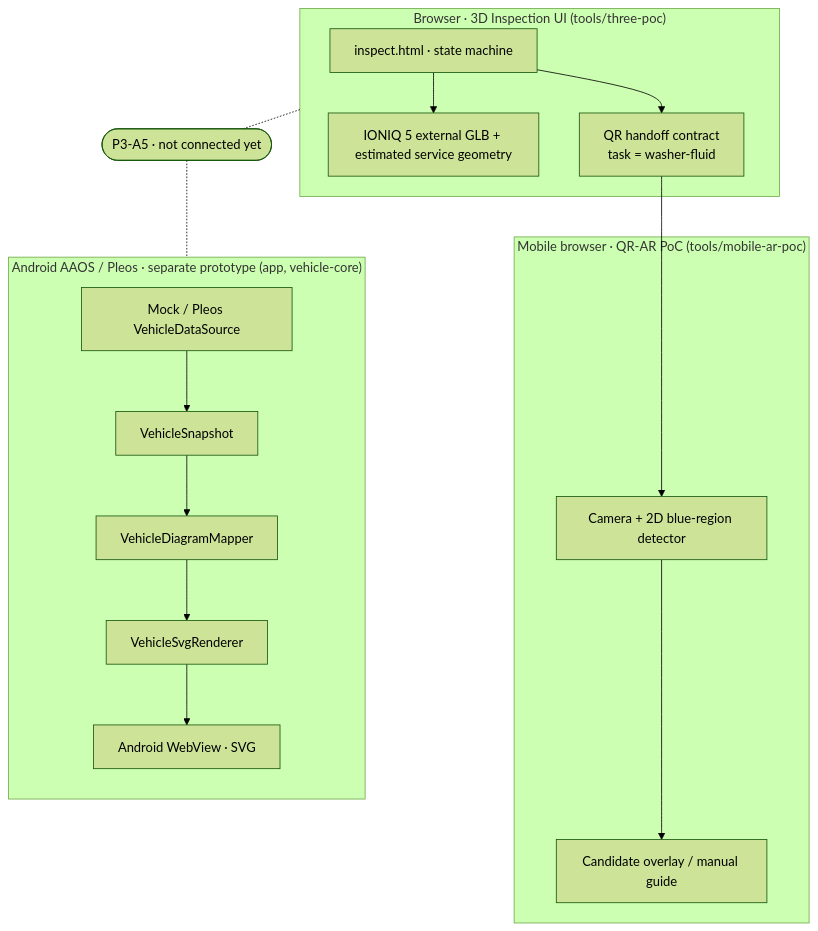
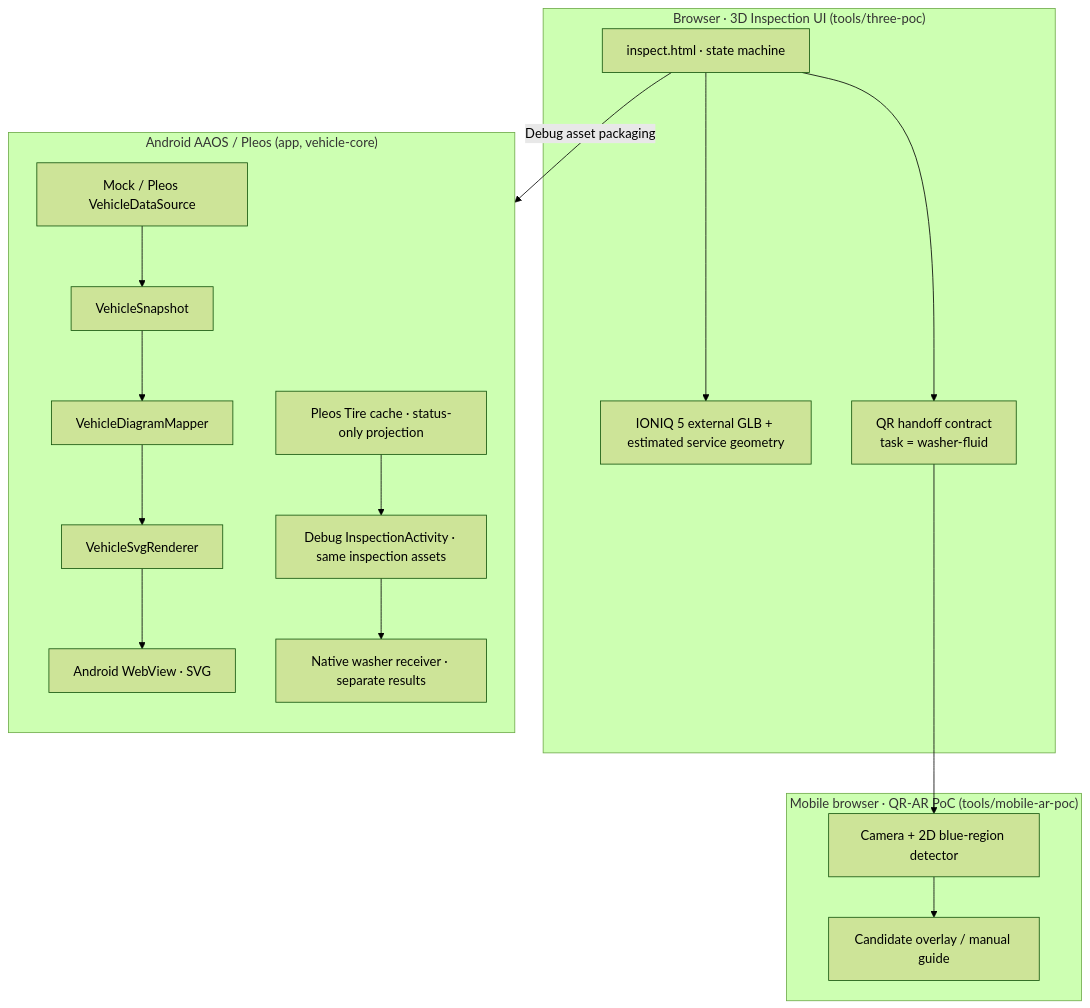
One commit to ppsssj/CarScope changed the diagram in README.md. Above: the diagram before and after it, drawn with Mermaid (forest theme). The commit also changed other lines of this file and 16 other files, not shown here.

Commit message:
feat: unify inspection summary and Android back navigation

````diff
--- a/README.md
+++ b/README.md
@@ -58,22 +70,24 @@
 ```mermaid
 flowchart TB
   subgraph Browser["Browser · 3D Inspection UI (tools/three-poc)"]
     UI["inspect.html · state machine"]
     GEO["IONIQ 5 external GLB + estimated service geometry"]
     UI --> GEO
     UI --> QR["QR handoff contract<br/>task = washer-fluid"]
   end
   subgraph Mobile["Mobile browser · QR-AR PoC (tools/mobile-ar-poc)"]
     QR --> CAM["Camera + 2D blue-region detector"]
     CAM --> GUIDE["Candidate overlay / manual guide"]
   end
-  subgraph Android["Android AAOS / Pleos · separate prototype (app, vehicle-core)"]
+  subgraph Android["Android AAOS / Pleos (app, vehicle-core)"]
     direction TB
     SDK["Mock / Pleos VehicleDataSource"] --> SNAP["VehicleSnapshot"]
     SNAP --> MAP["VehicleDiagramMapper"]
     MAP --> SVG["VehicleSvgRenderer"]
     SVG --> WV["Android WebView · SVG"]
+    DEBUG["Debug InspectionActivity · same inspection assets"]
+    TIRE["Pleos Tire cache · status-only projection"] --> DEBUG
+    DEBUG --> NATIVE["Native washer receiver · separate results"]
   end
-  P35(["P3-A5 · not connected yet"])
-  Browser -.- P35 -.- Android
+  UI -->|"Debug asset packaging"| DEBUG
 ```
````
